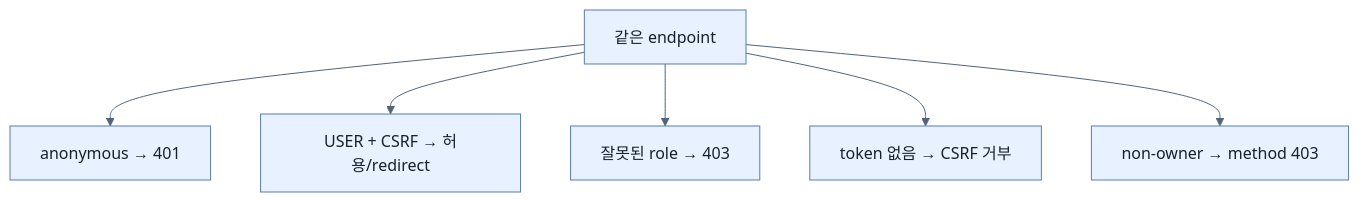
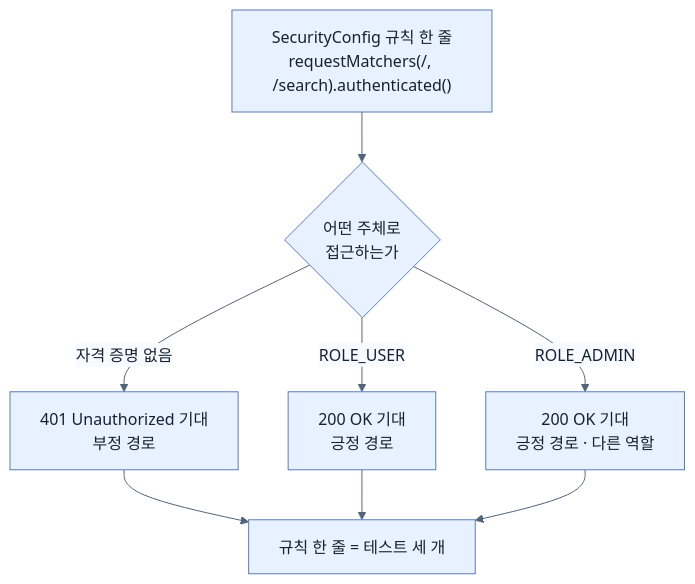
One commit to sing-u8/Learning_Spring_Boot_4 changed the diagram in spring-boot-4-pdf-notes/part-2-creating-an-application-with-spring-boot/chapter-5-testing-with-spring-boot/08-testing-security-policies.md. Above: the diagram before and after it, drawn with Mermaid. The commit also changed other lines of this file and 253 other files, not shown here.

````diff
--- a/spring-boot-4-pdf-notes/part-2-creating-an-application-with-spring-boot/chapter-5-testing-with-spring-boot/08-testing-security-policies.md
+++ b/spring-boot-4-pdf-notes/part-2-creating-an-application-with-spring-boot/chapter-5-testing-with-spring-boot/08-testing-security-policies.md
@@ -28,9 +278,11 @@
 ```mermaid
 %%{init: {'theme': 'base', 'themeVariables': {'background': '#ffffff', 'primaryColor': '#e8f1ff', 'primaryTextColor': '#172033', 'primaryBorderColor': '#5b7db1', 'lineColor': '#52647a', 'secondaryColor': '#f7fbff', 'tertiaryColor': '#fff7df'}}}%%
 flowchart TD
-    E[같은 endpoint] --> N[anonymous → 401]
-    E --> U[USER + CSRF → 허용/redirect]
-    E --> R[잘못된 role → 403]
-    E --> C[token 없음 → CSRF 거부]
-    E --> O[non-owner → method 403]
+    P["SecurityConfig 규칙 한 줄<br/>requestMatchers(/, /search).authenticated()"] --> S{"어떤 주체로<br/>접근하는가"}
+    S -- "자격 증명 없음" --> N["401 Unauthorized 기대<br/>부정 경로"]
+    S -- "ROLE_USER" --> U["200 OK 기대<br/>긍정 경로"]
+    S -- "ROLE_ADMIN" --> A["200 OK 기대<br/>긍정 경로 · 다른 역할"]
+    N --> T["규칙 한 줄 = 테스트 세 개"]
+    U --> T
+    A --> T
 ```
````
